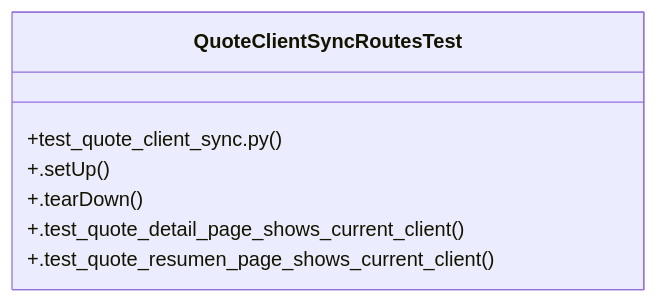
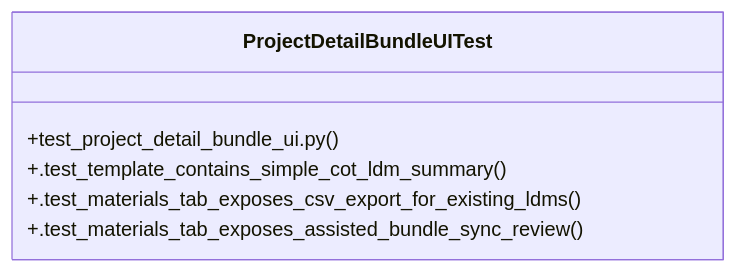
One commit to Daftrick/ProjectTracker changed the diagram in graphify-out/wiki/Community_38.md. Above: the diagram before and after it, drawn with Mermaid. The commit also changed other lines of this file and 465 other files, not shown here.

````diff
--- a/graphify-out/wiki/Community_38.md
+++ b/graphify-out/wiki/Community_38.md
@@ -16,10 +16,9 @@
 ```mermaid
 classDiagram
-    class QuoteClientSyncRoutesTest {
-        +test_quote_client_sync.py()
-        +.setUp()
-        +.tearDown()
-        +.test_quote_detail_page_shows_current_client()
-        +.test_quote_resumen_page_shows_current_client()
+    class ProjectDetailBundleUITest {
+        +test_project_detail_bundle_ui.py()
+        +.test_template_contains_simple_cot_ldm_summary()
+        +.test_materials_tab_exposes_csv_export_for_existing_ldms()
+        +.test_materials_tab_exposes_assisted_bundle_sync_review()
     }
 ```
````
